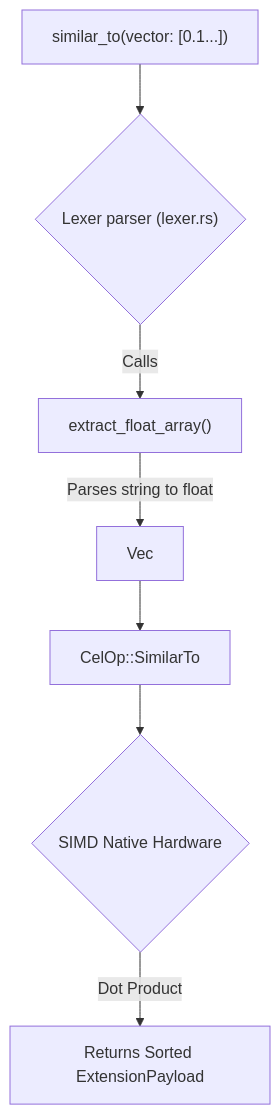
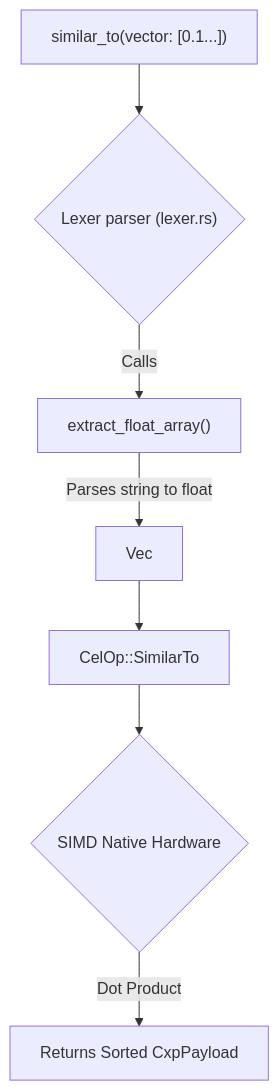
One commit to ayan-kushwaha/Cluaiz- changed the diagram in docs/cel/tutorials/hardware_vector_search.md. Above: the diagram before and after it, drawn with Mermaid. The commit also changed 109 other files, not shown here.

````diff
--- a/docs/cel/tutorials/hardware_vector_search.md
+++ b/docs/cel/tutorials/hardware_vector_search.md
@@ -31,13 +31,13 @@
 ```mermaid
 flowchart TD
     A["similar_to(vector: [0.1...])"] --> B{"Lexer parser (lexer.rs)"}
     
     B -->|Calls| C["extract_float_array()"]
     
     C -->|Parses string to float| D["Vec<f32>"]
     
     D --> E["CelOp::SimilarTo"]
     
     E --> F{"SIMD Native Hardware"}
-    F -->|Dot Product| G["Returns Sorted ExtensionPayload"]
+    F -->|Dot Product| G["Returns Sorted CxpPayload"]
 ```
````
